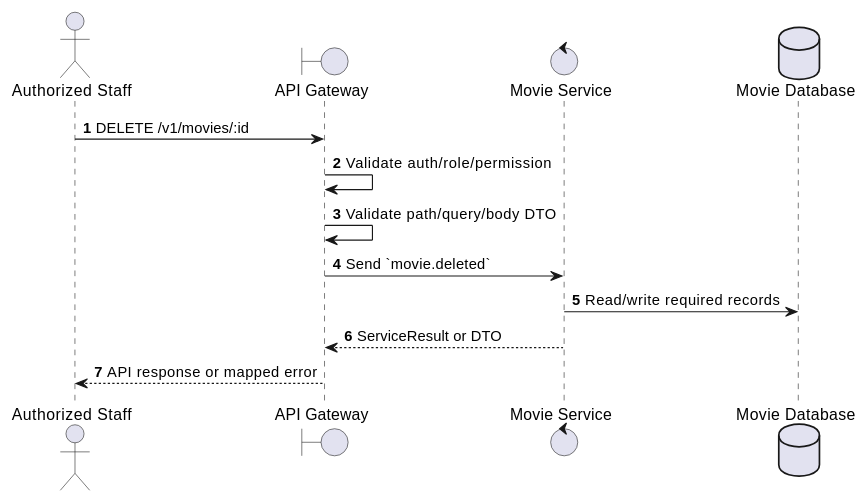
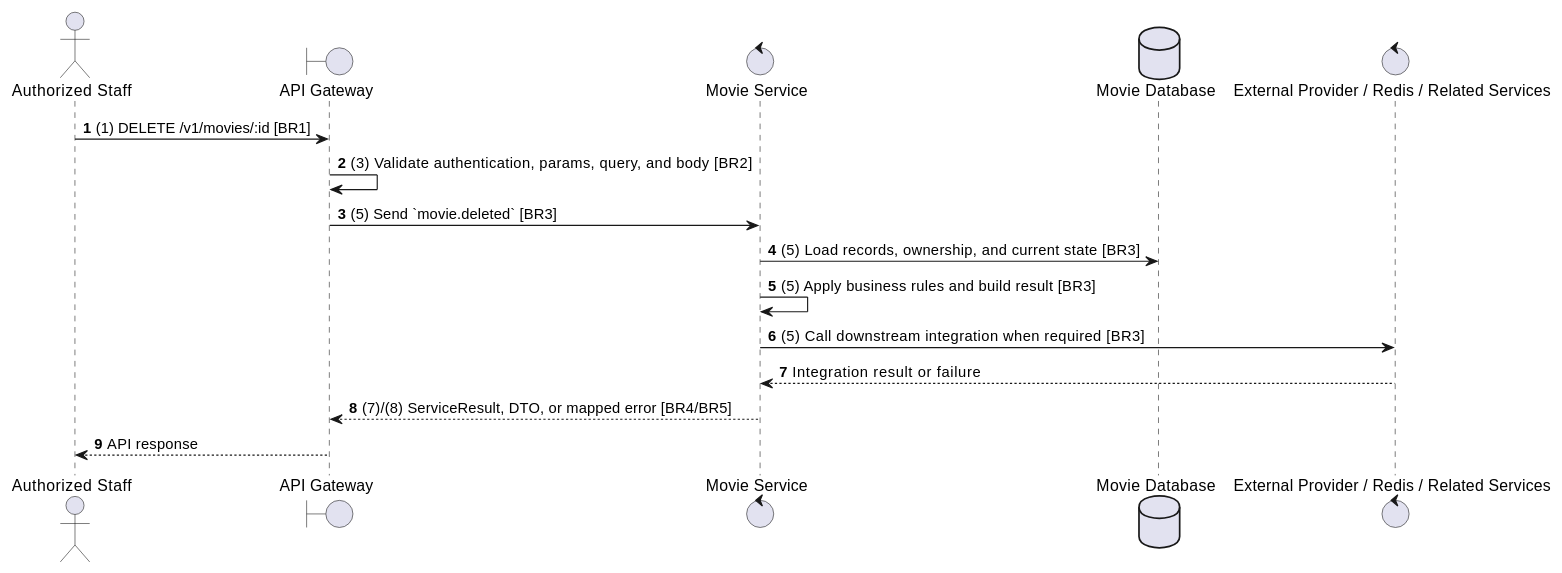
The second of 2 diagrams in docs/functional_specs/3.3.1_Movie_Catalog/MV-06_Delete_Movie.md (Tanh1603/movie-hub-architecture), drawn with PlantUML before and after one commit. The commit also changed other lines of this file and 129 other files, not shown here.

````diff
--- a/docs/functional_specs/3.3.1_Movie_Catalog/MV-06_Delete_Movie.md
+++ b/docs/functional_specs/3.3.1_Movie_Catalog/MV-06_Delete_Movie.md
@@ -17,17 +64,20 @@
 ```plantuml
 @startuml
 autonumber
 actor "Authorized Staff" as Actor
 boundary "API Gateway" as GW
 control "Movie Service" as SVC
 database "Movie Database" as DB
+control "External Provider / Redis / Related Services" as EXT
 
-Actor -> GW: DELETE /v1/movies/:id
-GW -> GW: Validate auth/role/permission
-GW -> GW: Validate path/query/body DTO
-GW -> SVC: Send `movie.deleted`
-SVC -> DB: Read/write required records
-SVC --> GW: ServiceResult or DTO
-GW --> Actor: API response or mapped error
+Actor -> GW: (1) DELETE /v1/movies/:id [BR1]
+GW -> GW: (3) Validate authentication, params, query, and body [BR2]
+GW -> SVC: (5) Send `movie.deleted` [BR3]
+SVC -> DB: (5) Load records, ownership, and current state [BR3]
+SVC -> SVC: (5) Apply business rules and build result [BR3]
+SVC -> EXT: (5) Call downstream integration when required [BR3]
+EXT --> SVC: Integration result or failure
+SVC --> GW: (7)/(8) ServiceResult, DTO, or mapped error [BR4/BR5]
+GW --> Actor: API response
 @enduml
 ```
````
